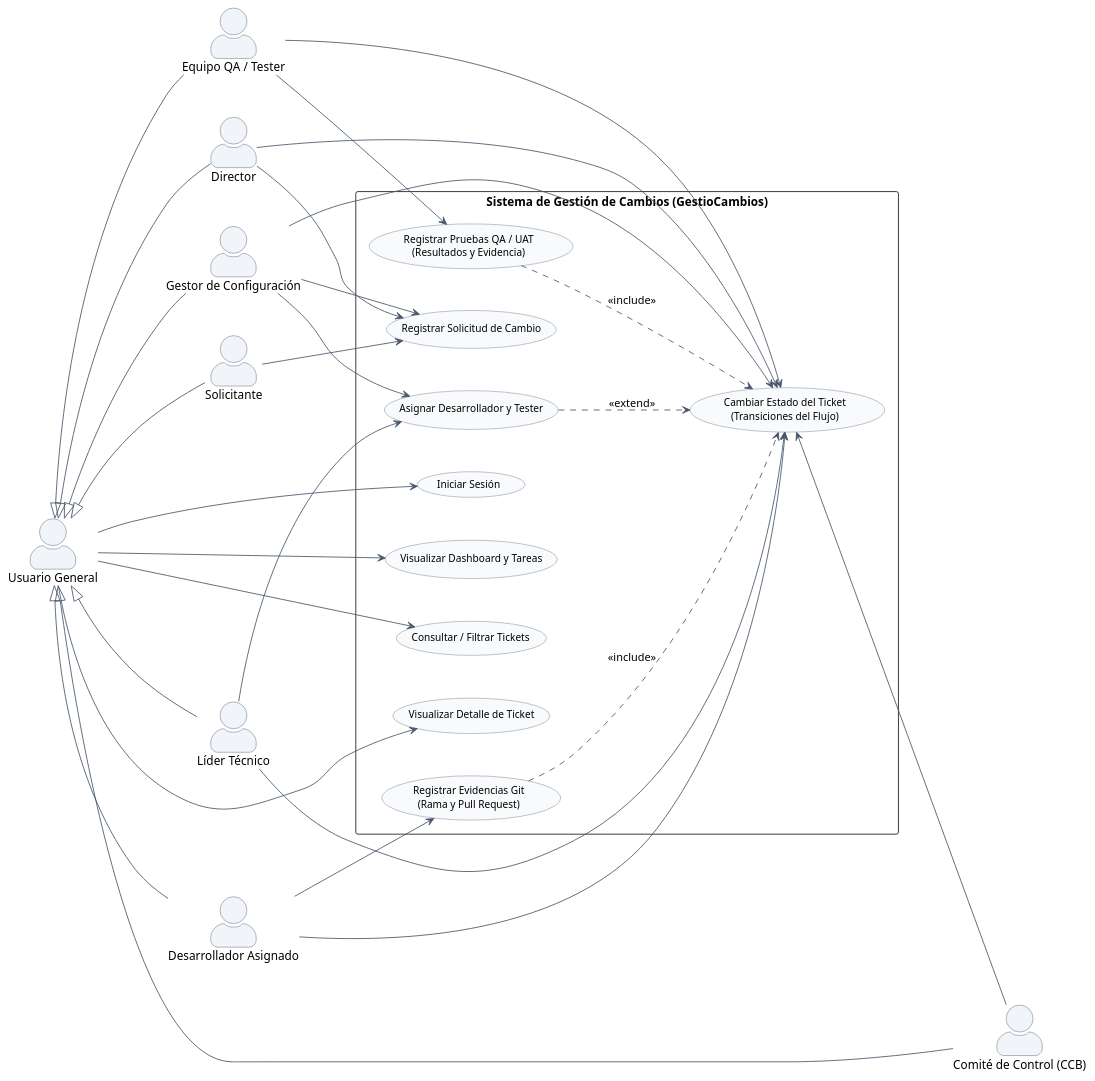
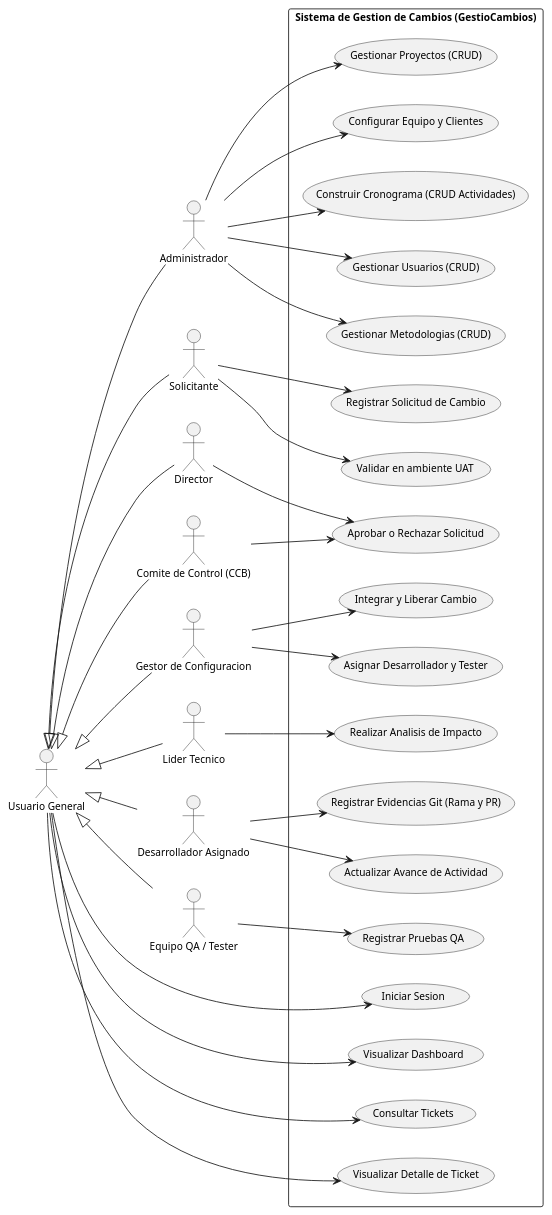
The diagram in documentos/casos_de_uso.md (diegocastillo12/PROYECTO_GESTION_DE_CAMBIOS), drawn with PlantUML before and after one commit. The commit also changed other lines of this file and 8 other files, not shown here.

````diff
--- a/documentos/casos_de_uso.md
+++ b/documentos/casos_de_uso.md
@@ -9,37 +9,24 @@
 ```plantuml
-@startuml
-skinparam ranksep 80
-skinparam nodesep 50
+@startuml GestioCambios_CasosDeUso
+
+' CONFIGURACION VISUAL SIN COLORES PERSONALIZADOS
+skinparam defaultFontName Arial
+skinparam defaultFontSize 12
 left to right direction
-skinparam packageStyle rectangle
-skinparam backgroundColor #FFFFFF
-skinparam actorStyle awesome
 
-skinparam usecase {
-    BackgroundColor #F8FAFC
-    BorderColor #64748B
-    ArrowColor #475569
-    ActorBorderColor #475569
-    FontSize 12
-}
-
-skinparam actor {
-    BackgroundColor #F1F5F9
-    BorderColor #475569
-}
-
-' 1. DEFINICIÓN DE ACTORES
+' DEFINICION DE ACTORES
 actor "Usuario General" as User
-
+actor "Administrador" as Admin
 actor "Solicitante" as Sol
 actor "Director" as Dir
-actor "Comité de Control (CCB)" as CCB
-actor "Gestor de Configuración" as Gest
-actor "Líder Técnico" as LT
+actor "Comite de Control (CCB)" as CCB
+actor "Gestor de Configuracion" as Gest
+actor "Lider Tecnico" as LT
 actor "Desarrollador Asignado" as Dev
 actor "Equipo QA / Tester" as Test
 
-' 2. JERARQUÍA DE ACTORES (Herencia)
+' JERARQUIA DE ACTORES (Herencia de permisos comunes)
+User <|-- Admin
 User <|-- Sol
 User <|-- Dir
 User <|-- CCB
@@ -48,47 +35,69 @@
 User <|-- Dev
 User <|-- Test
 
-' 3. LÍMITE DEL SISTEMA
-rectangle "Sistema de Gestión de Cambios (GestioCambios)" {
-    usecase "Iniciar Sesión" as UC_Login
-    usecase "Visualizar Dashboard y Tareas" as UC_Dash
-    usecase "Consultar / Filtrar Tickets" as UC_Listar
+' LIMITE DEL SISTEMA
+rectangle "Sistema de Gestion de Cambios (GestioCambios)" {
+    ' Casos de uso comunes
+    usecase "Iniciar Sesion" as UC_Login
+    usecase "Visualizar Dashboard" as UC_Dash
+    usecase "Consultar Tickets" as UC_Listar
     usecase "Visualizar Detalle de Ticket" as UC_Detalle
 
+    ' Casos de uso del Administrador
+    usecase "Gestionar Usuarios (CRUD)" as UC_MngUsers
+    usecase "Gestionar Metodologias (CRUD)" as UC_MngMetod
+    usecase "Gestionar Proyectos (CRUD)" as UC_MngProy
+    usecase "Configurar Equipo y Clientes" as UC_MngTeam
+    usecase "Construir Cronograma (CRUD Actividades)" as UC_MngCrono
+
+    ' Casos de uso del flujo de cambios SCM
     usecase "Registrar Solicitud de Cambio" as UC_Crear
-    usecase "Asignar Desarrollador y Tester" as UC_Asignar
-    usecase "Registrar Evidencias Git\n(Rama y Pull Request)" as UC_Git
-    usecase "Registrar Pruebas QA / UAT\n(Resultados y Evidencia)" as UC_QA
-    usecase "Cambiar Estado del Ticket\n(Transiciones del Flujo)" as UC_Estado
+    usecase "Realizar Analisis de Impacto" as UC_Analisis
+    usecase "Aprobar o Rechazar Solicitud" as UC_Decidir
+    usecase "Asignar Desarrollador y Tester" as UC_AsignarTicket
+    usecase "Registrar Evidencias Git (Rama y PR)" as UC_Git
+    usecase "Registrar Pruebas QA" as UC_QA
+    usecase "Validar en ambiente UAT" as UC_UAT
+    usecase "Integrar y Liberar Cambio" as UC_Liberar
+    usecase "Actualizar Avance de Actividad" as UC_Avance
 }
 
-' 4. CONEXIONES DEL ACTOR BASE
+' CONEXIONES DEL ACTOR BASE (Acciones comunes)
 User --> UC_Login
 User --> UC_Dash
 User --> UC_Listar
 User --> UC_Detalle
 
-' 5. CONEXIONES DE LOS ACTORES ESPECIALIZADOS
+' CONEXIONES DEL ADMINISTRADOR
+Admin --> UC_MngUsers
+Admin --> UC_MngMetod
+Admin --> UC_MngProy
+Admin --> UC_MngTeam
+Admin --> UC_MngCrono
+
+' CONEXIONES DEL SOLICITANTE
 Sol --> UC_Crear
-Dir --> UC_Crear
-Gest --> UC_Crear
+Sol --> UC_UAT
 
-Gest --> UC_Asignar
-LT --> UC_Asignar
+' CONEXIONES DEL DIRECTOR
+Dir --> UC_Decidir
 
+' CONEXIONES DEL COMITE DE CONTROL (CCB)
+CCB --> UC_Decidir
+
+' CONEXIONES DEL LIDER TECNICO
+LT --> UC_Analisis
+
+' CONEXIONES DEL GESTOR DE CONFIGURACION
+Gest --> UC_AsignarTicket
+Gest --> UC_Liberar
+
+' CONEXIONES DEL DESARROLLADOR ASIGNADO
 Dev --> UC_Git
+Dev --> UC_Avance
+
+' CONEXIONES DEL EQUIPO QA / TESTER
 Test --> UC_QA
-
-UC_Estado <-- Dir
-UC_Estado <-- CCB
-UC_Estado <-- Gest
-UC_Estado <-- LT
-UC_Estado <-- Dev
-UC_Estado <-- Test
-
-UC_Git ..> UC_Estado : <<include>>
-UC_QA ..> UC_Estado : <<include>>
-UC_Asignar ..> UC_Estado : <<extend>>
 
 @enduml
 ```
````
